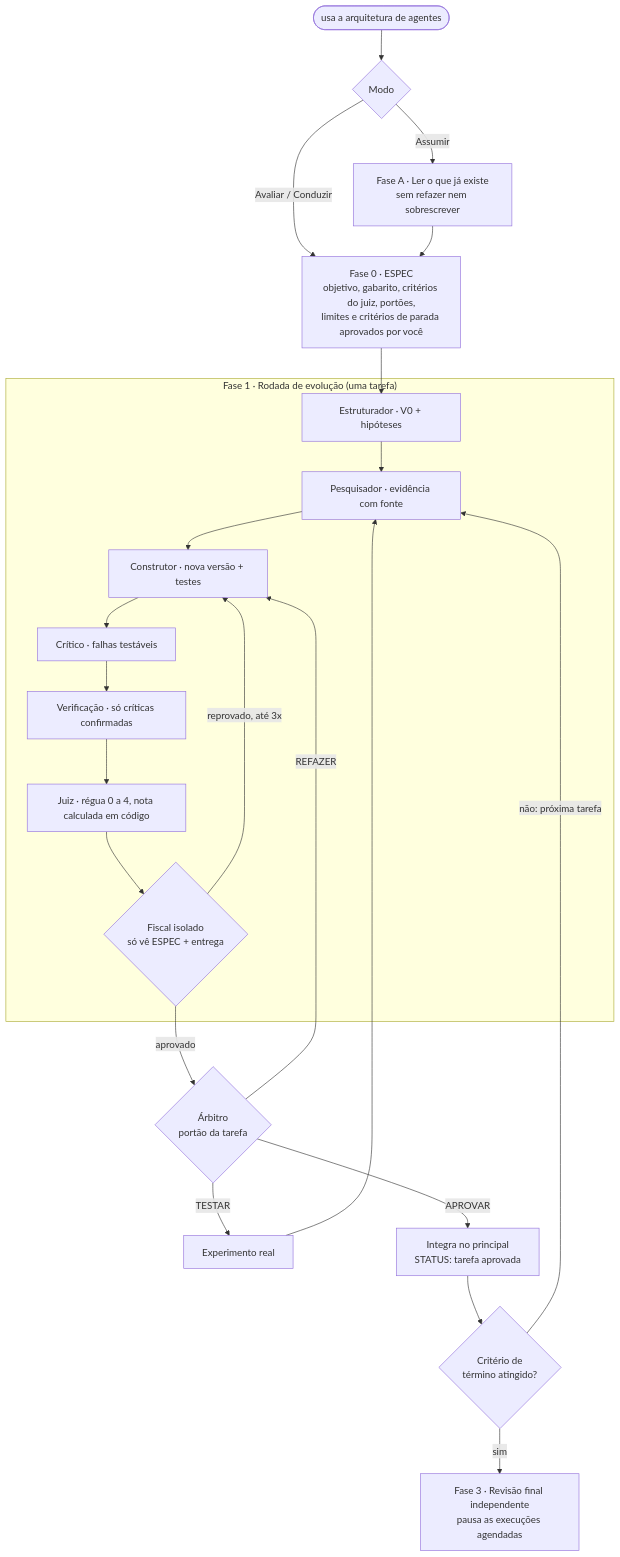
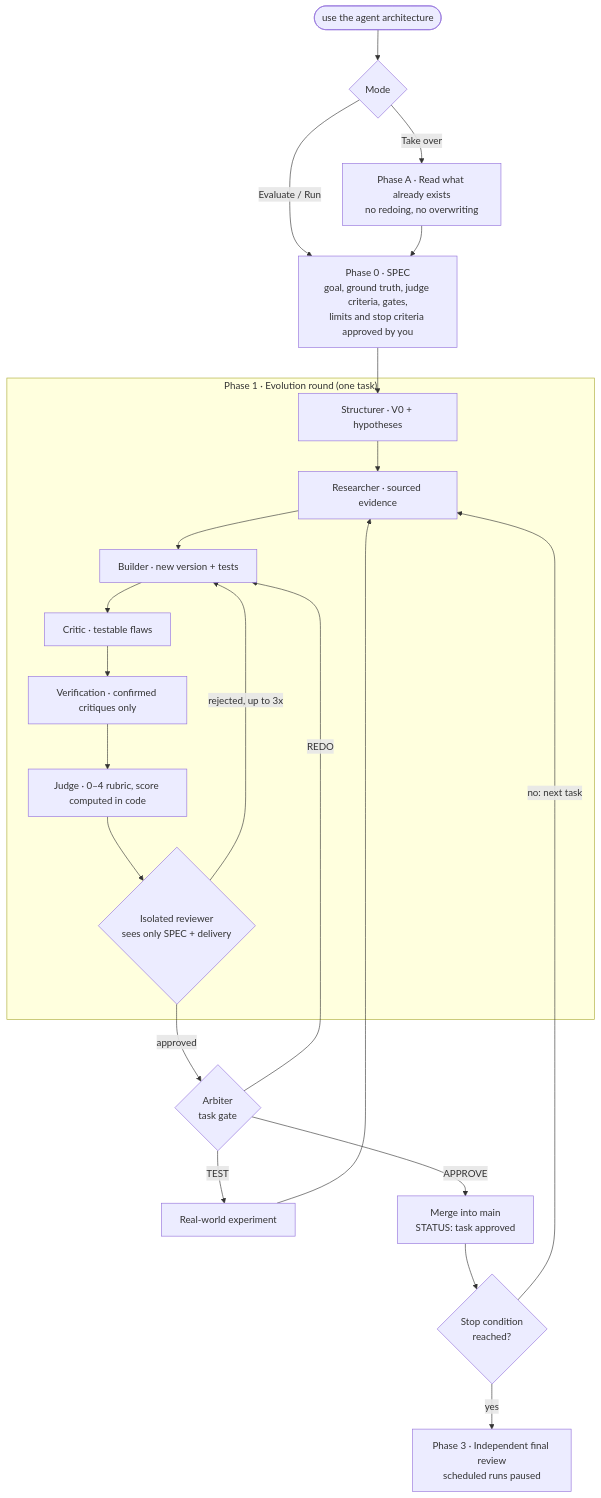
The first of 3 diagrams in README.md (souzaeliasrafael/agent-architecture-skill), drawn with Mermaid before and after one commit. The commit also changed other lines of this file and 12 other files, not shown here.

First line of the commit message:
Translate flowcharts to English

````diff
--- a/README.md
+++ b/README.md
@@ -26,26 +26,26 @@
 ```mermaid
 flowchart TD
-    START(["usa a arquitetura de agentes"]) --> MODO{Modo}
-    MODO -->|"Avaliar / Conduzir"| ESPEC
-    MODO -->|Assumir| A["Fase A · Ler o que já existe<br/>sem refazer nem sobrescrever"] --> ESPEC
-    ESPEC["Fase 0 · ESPEC<br/>objetivo, gabarito, critérios do juiz, portões,<br/>limites e critérios de parada aprovados por você"] --> EST
+    START(["use the agent architecture"]) --> MODE{Mode}
+    MODE -->|"Evaluate / Run"| SPEC
+    MODE -->|Take over| A["Phase A · Read what already exists<br/>no redoing, no overwriting"] --> SPEC
+    SPEC["Phase 0 · SPEC<br/>goal, ground truth, judge criteria, gates,<br/>limits and stop criteria approved by you"] --> STR
 
-    subgraph R["Fase 1 · Rodada de evolução (uma tarefa)"]
-        EST["Estruturador · V0 + hipóteses"] --> PES["Pesquisador · evidência com fonte"]
-        PES --> CON["Construtor · nova versão + testes"]
-        CON --> CRI["Crítico · falhas testáveis"]
-        CRI --> VER["Verificação · só críticas confirmadas"]
-        VER --> JUI["Juiz · régua 0 a 4, nota calculada em código"]
-        JUI --> FIS{"Fiscal isolado<br/>só vê ESPEC + entrega"}
+    subgraph R["Phase 1 · Evolution round (one task)"]
+        STR["Structurer · V0 + hypotheses"] --> RES["Researcher · sourced evidence"]
+        RES --> BLD["Builder · new version + tests"]
+        BLD --> CRI["Critic · testable flaws"]
+        CRI --> VER["Verification · confirmed critiques only"]
+        VER --> JDG["Judge · 0–4 rubric, score computed in code"]
+        JDG --> REV{"Isolated reviewer<br/>sees only SPEC + delivery"}
     end
 
-    FIS -->|"reprovado, até 3x"| CON
-    FIS -->|aprovado| ARB{"Árbitro<br/>portão da tarefa"}
-    ARB -->|REFAZER| CON
-    ARB -->|TESTAR| EXP["Experimento real"]
-    EXP --> PES
-    ARB -->|APROVAR| INT["Integra no principal<br/>STATUS: tarefa aprovada"]
-    INT --> FIM{"Critério de<br/>término atingido?"}
-    FIM -->|"não: próxima tarefa"| PES
-    FIM -->|sim| F3["Fase 3 · Revisão final independente<br/>pausa as execuções agendadas"]
+    REV -->|"rejected, up to 3x"| BLD
+    REV -->|approved| ARB{"Arbiter<br/>task gate"}
+    ARB -->|REDO| BLD
+    ARB -->|TEST| EXP["Real-world experiment"]
+    EXP --> RES
+    ARB -->|APPROVE| INT["Merge into main<br/>STATUS: task approved"]
+    INT --> END{"Stop condition<br/>reached?"}
+    END -->|"no: next task"| RES
+    END -->|yes| F3["Phase 3 · Independent final review<br/>scheduled runs paused"]
 ```
````
